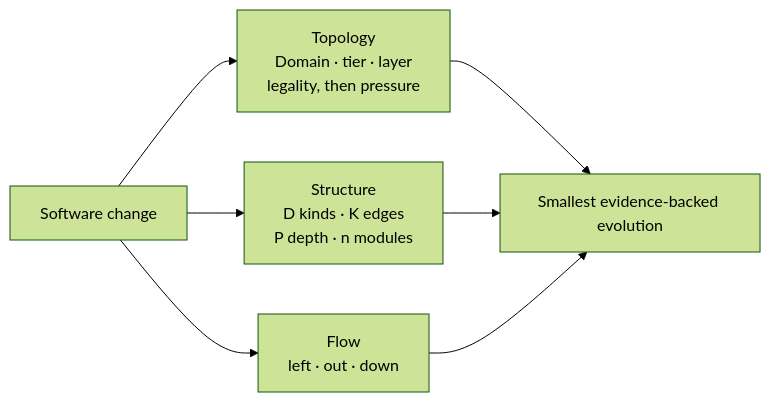
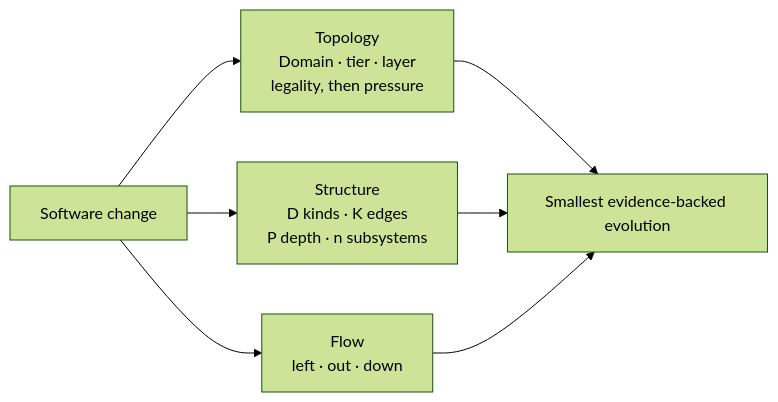
Before and after one commit to l-gevity/l-gevity-skills: the second of 3 diagrams in README.md, drawn with Mermaid (forest theme). The commit also changed other lines of this file and 83 other files, not shown here.

````diff
--- a/README.md
+++ b/README.md
@@ -165,12 +165,12 @@
 ```mermaid
 flowchart LR
     Change["Software change"]
     Topology["Topology<br/>Domain · tier · layer<br/>legality, then pressure"]
-    Structure["Structure<br/>D kinds · K edges<br/>P depth · n modules"]
+    Structure["Structure<br/>D kinds · K edges<br/>P depth · n subsystems"]
     Flow["Flow<br/>left · out · down"]
     Evolution["Smallest evidence-backed evolution"]
 
     Change --> Topology --> Evolution
     Change --> Structure --> Evolution
     Change --> Flow --> Evolution
 ```
````
